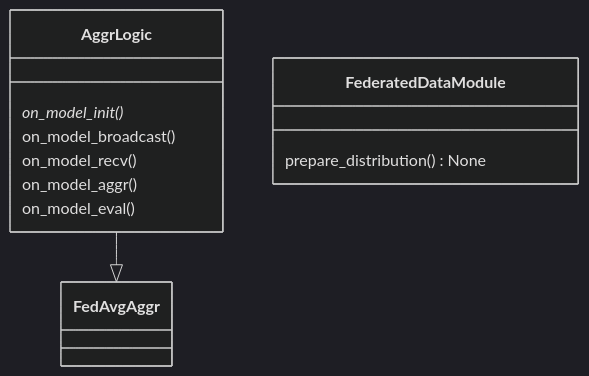
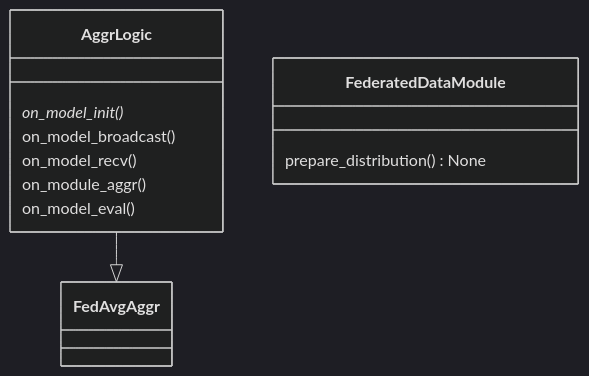
The first of 2 diagrams in flox/README.md (h-flox/flox), drawn with Mermaid (dark theme) before and after one commit. The commit also changed other lines of this file and 16 other files, not shown here.

````diff
--- a/flox/README.md
+++ b/flox/README.md
@@ -15,17 +15,17 @@
 ```mermaid
 classDiagram
 
 AggrLogic--|>FedAvgAggr
 
 class AggrLogic {
     on_model_init()*
     on_model_broadcast() 
     on_model_recv()
-    on_model_aggr()
+    on_module_aggr()
     on_model_eval()
 }
 
 class FederatedDataModule {
     prepare_distribution() None
 }
 ```
````
